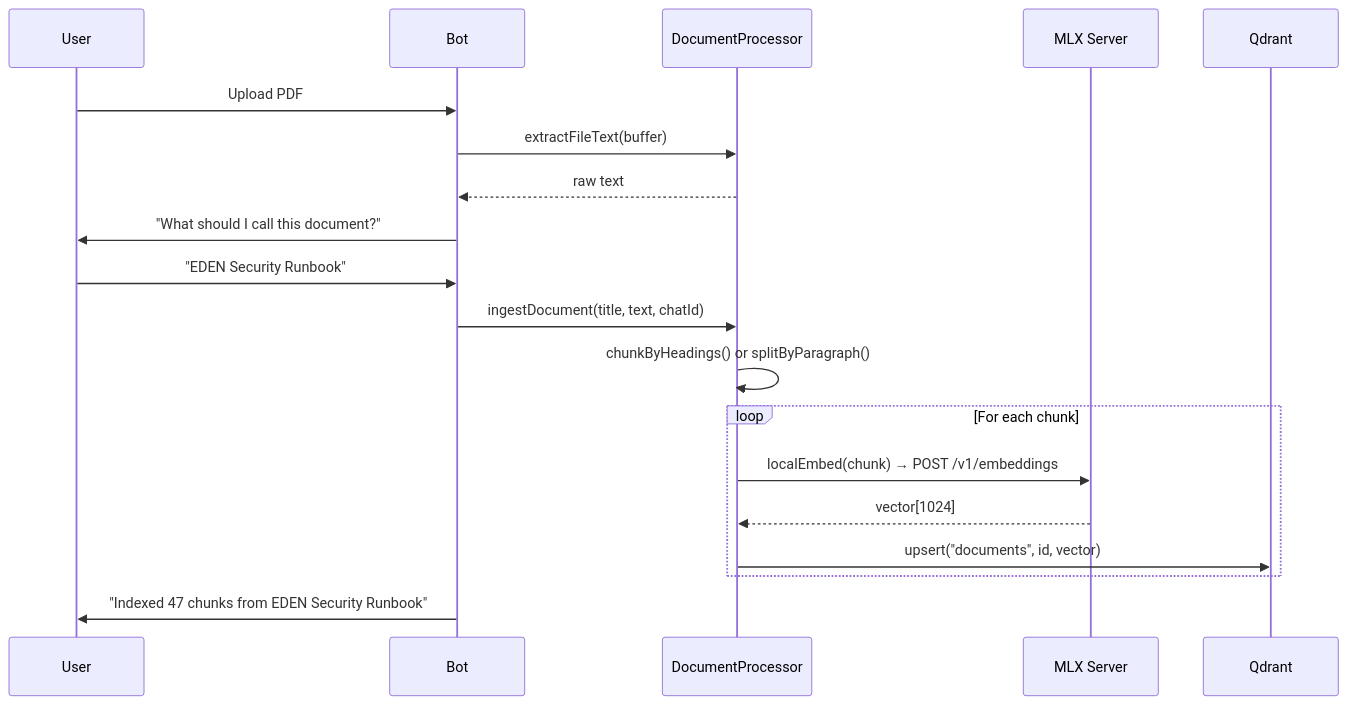
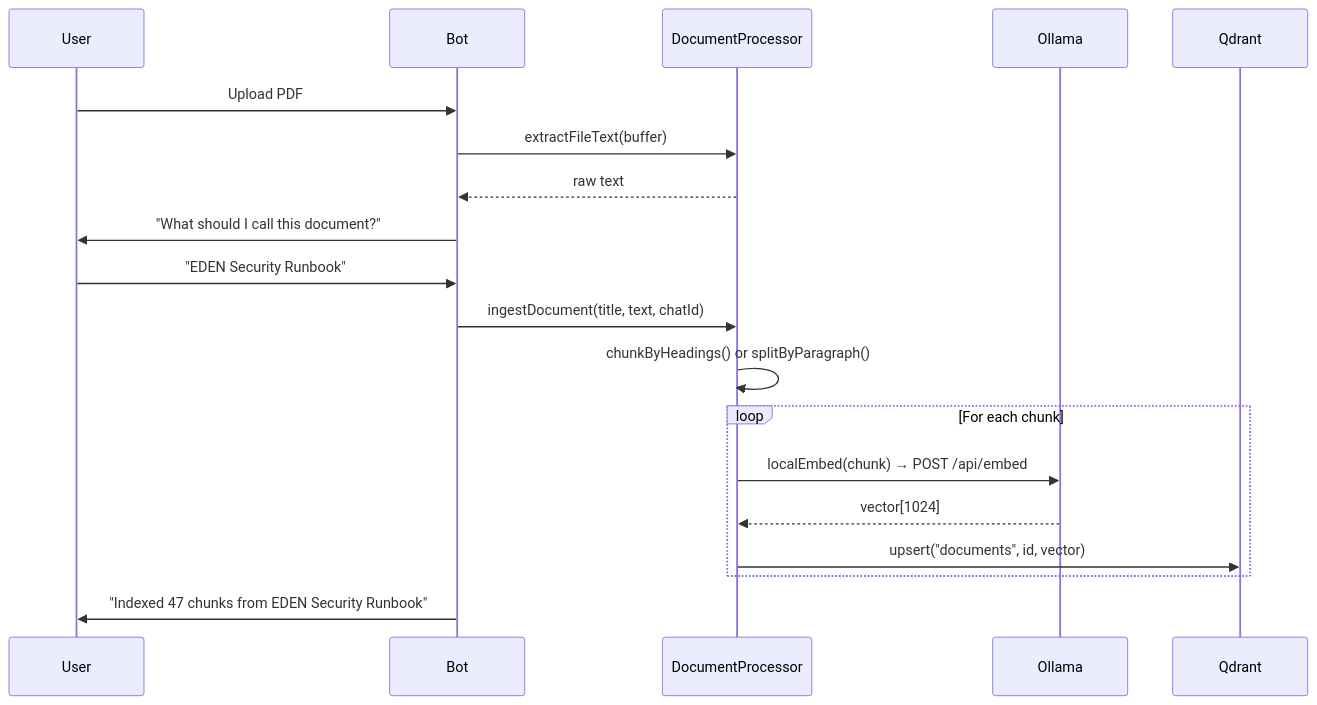
Before and after one commit to furi-wigt/claude-telegram-relay: the fourth of 4 diagrams in docs/user-guide.md, drawn with Mermaid. The commit also changed other lines of this file and 23 other files, not shown here.

First line of the commit message:
feat(inference): switch generation to Osaurus and embeddings to Ollama bge-m3

````diff
--- a/docs/user-guide.md
+++ b/docs/user-guide.md
@@ -328,22 +329,22 @@
 ```mermaid
 sequenceDiagram
     participant U as User
     participant B as Bot
     participant DP as DocumentProcessor
-    participant MLX as MLX Server
+    participant OL as Ollama
     participant QD as Qdrant
 
     U->>B: Upload PDF
     B->>DP: extractFileText(buffer)
     DP-->>B: raw text
     B->>U: "What should I call this document?"
     U->>B: "EDEN Security Runbook"
     B->>DP: ingestDocument(title, text, chatId)
     DP->>DP: chunkByHeadings() or splitByParagraph()
     loop For each chunk
-        DP->>MLX: localEmbed(chunk) → POST /v1/embeddings
-        MLX-->>DP: vector[1024]
+        DP->>OL: localEmbed(chunk) → POST /api/embed
+        OL-->>DP: vector[1024]
         DP->>QD: upsert("documents", id, vector)
     end
     B->>U: "Indexed 47 chunks from EDEN Security Runbook"
 ```
````
